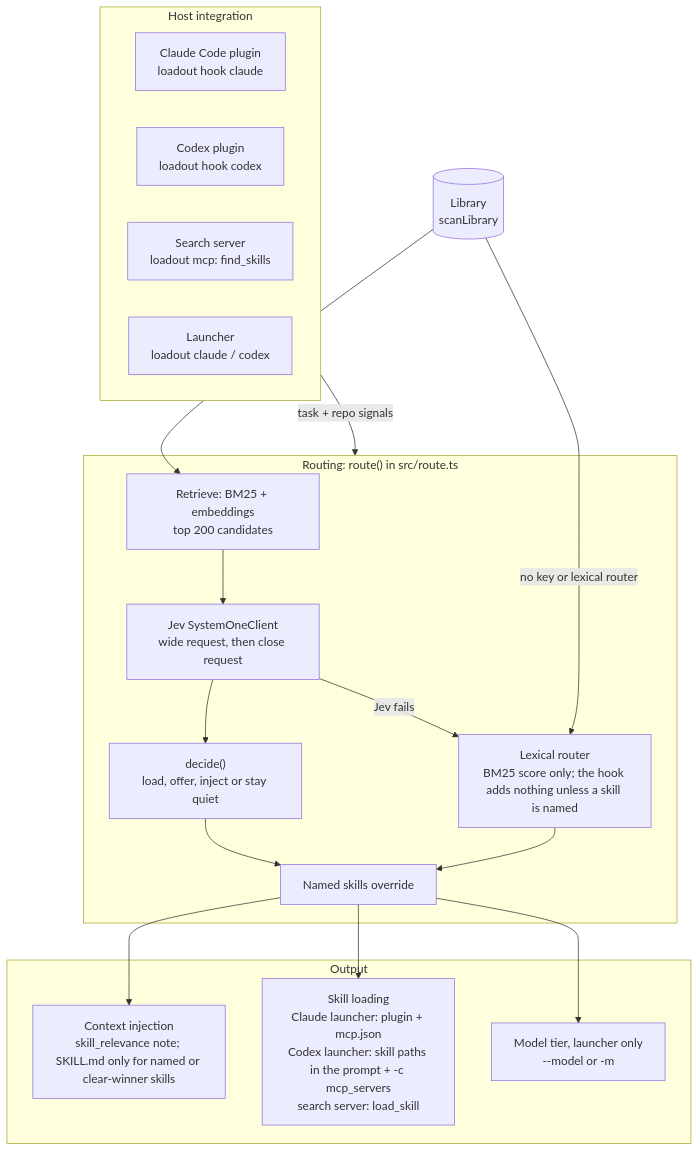
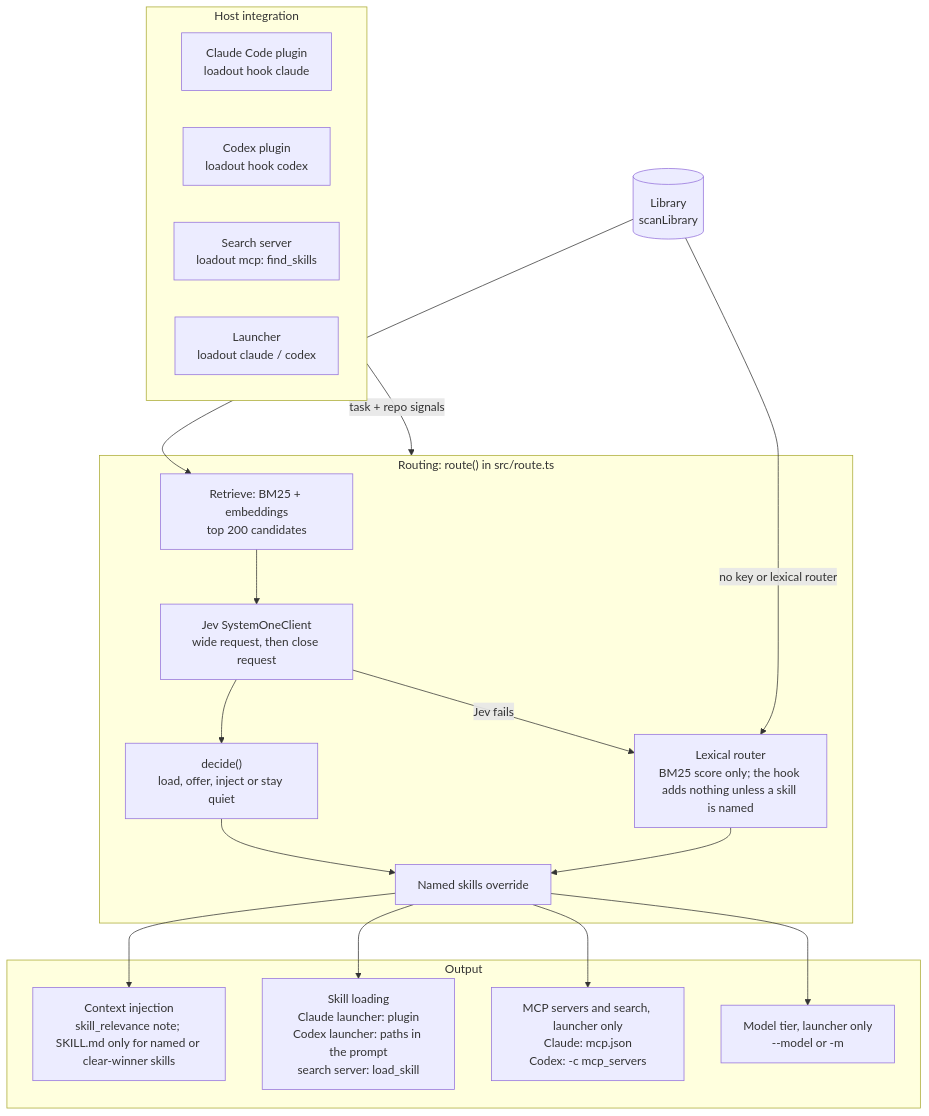
The diagram in DESIGN.md (erik-hedstrom/loadout), drawn with Mermaid before and after one commit.

Commit message:
E6: separate skill loading from MCP configuration
Codex round 3: mcp.json and -c mcp_servers exist only when MCP servers
or search are selected, so they get their own launcher-only output node
instead of riding on skill loading.

Claude-Session: https://claude.ai/code/session_01HuyR49tfEGYja23caRY2JK

````diff
--- a/DESIGN.md
+++ b/DESIGN.md
@@ -29,37 +29,39 @@
 ```mermaid
 flowchart TB
     subgraph host["Host integration"]
         CH["Claude Code plugin<br/>loadout hook claude"]
         XH["Codex plugin<br/>loadout hook codex"]
         MS["Search server<br/>loadout mcp: find_skills"]
         LA["Launcher<br/>loadout claude / codex"]
     end
 
     LIB[("Library<br/>scanLibrary")]
 
     subgraph routing["Routing: route() in src/route.ts"]
         RET["Retrieve: BM25 + embeddings<br/>top 200 candidates"]
         JEV["Jev SystemOneClient<br/>wide request, then close request"]
         DEC["decide()<br/>load, offer, inject or stay quiet"]
         LEX["Lexical router<br/>BM25 score only; the hook adds nothing unless a skill is named"]
         MEN["Named skills override"]
         RET --> JEV
         JEV -->|"Jev fails"| LEX
         JEV --> DEC
         DEC --> MEN
         LEX --> MEN
     end
 
     subgraph out["Output"]
         CTX["Context injection<br/>skill_relevance note; SKILL.md only for named or clear-winner skills"]
-        SKL["Skill loading<br/>Claude launcher: plugin + mcp.json<br/>Codex launcher: skill paths in the prompt + -c mcp_servers<br/>search server: load_skill"]
+        SKL["Skill loading<br/>Claude launcher: plugin<br/>Codex launcher: paths in the prompt<br/>search server: load_skill"]
+        MCPS["MCP servers and search, launcher only<br/>Claude: mcp.json<br/>Codex: -c mcp_servers"]
         TIER["Model tier, launcher only<br/>--model or -m"]
     end
 
     host -->|"task + repo signals"| routing
     LIB --> RET
     LIB -->|"no key or lexical router"| LEX
     MEN --> CTX
     MEN --> SKL
+    MEN --> MCPS
     MEN --> TIER
 ```
````
